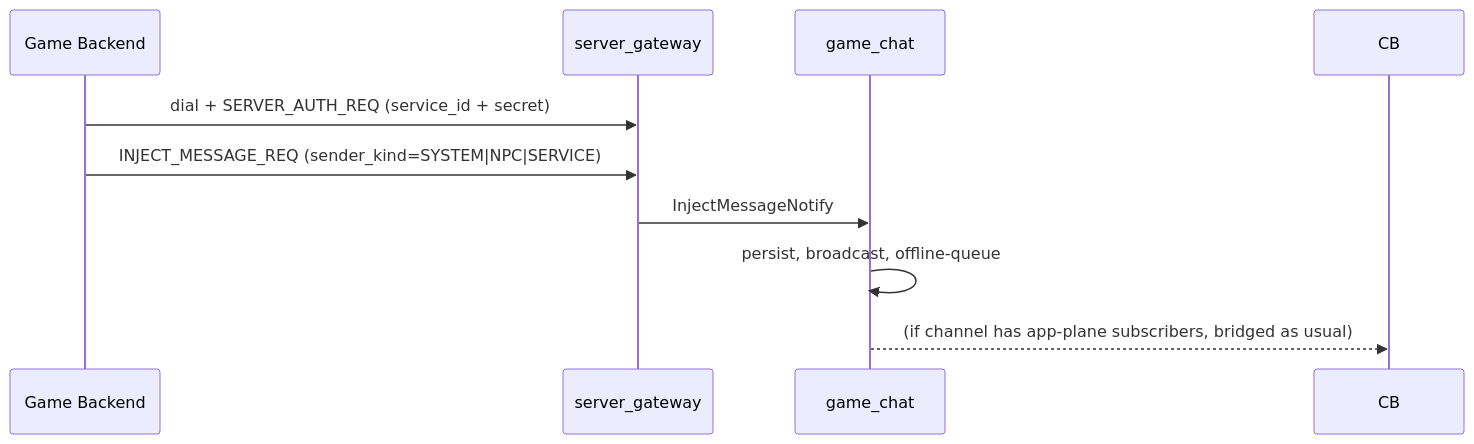
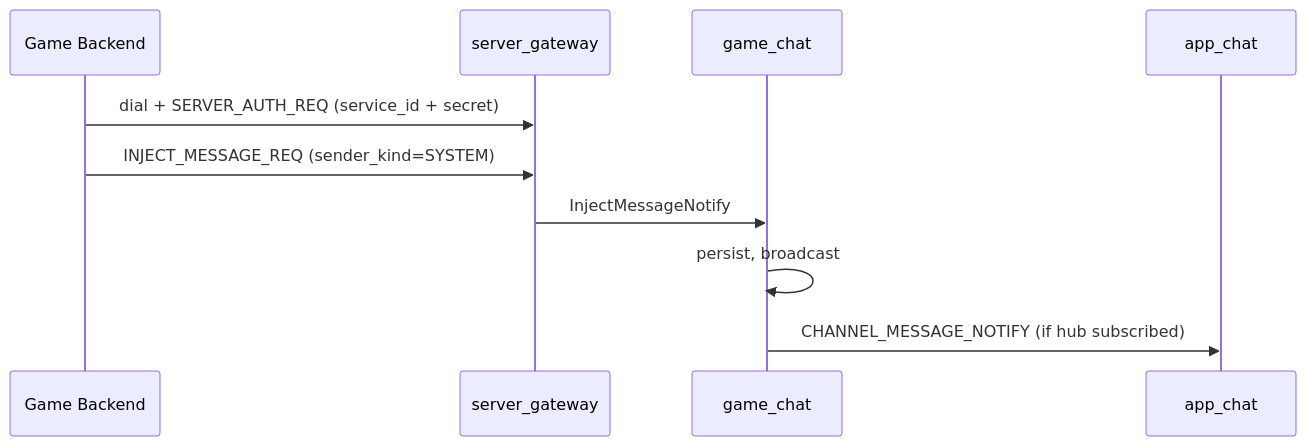
One commit to cuihairu/chirp changed the fifth of 5 diagrams in docs/architecture.md. Above: the diagram before and after it, drawn with Mermaid. The commit also changed other lines of this file and 4 other files, not shown here.

````diff
--- a/docs/architecture.md
+++ b/docs/architecture.md
@@ -199,12 +224,13 @@
 ```mermaid
 sequenceDiagram
     participant GB as Game Backend
     participant SG as server_gateway
-    participant CH as game_chat
+    participant GC as game_chat
+    participant AC as app_chat
 
     GB->>SG: dial + SERVER_AUTH_REQ (service_id + secret)
-    GB->>SG: INJECT_MESSAGE_REQ (sender_kind=SYSTEM|NPC|SERVICE)
-    SG->>CH: InjectMessageNotify
-    CH->>CH: persist, broadcast, offline-queue
-    CH-->>CB: (if channel has app-plane subscribers, bridged as usual)
+    GB->>SG: INJECT_MESSAGE_REQ (sender_kind=SYSTEM)
+    SG->>GC: InjectMessageNotify
+    GC->>GC: persist, broadcast
+    GC->>AC: CHANNEL_MESSAGE_NOTIFY (if hub subscribed)
 ```
````
